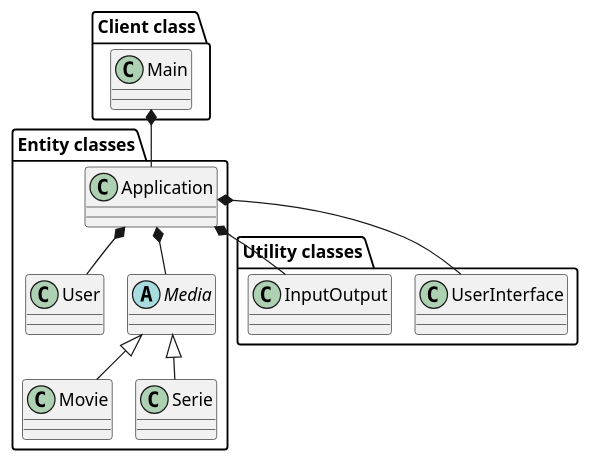
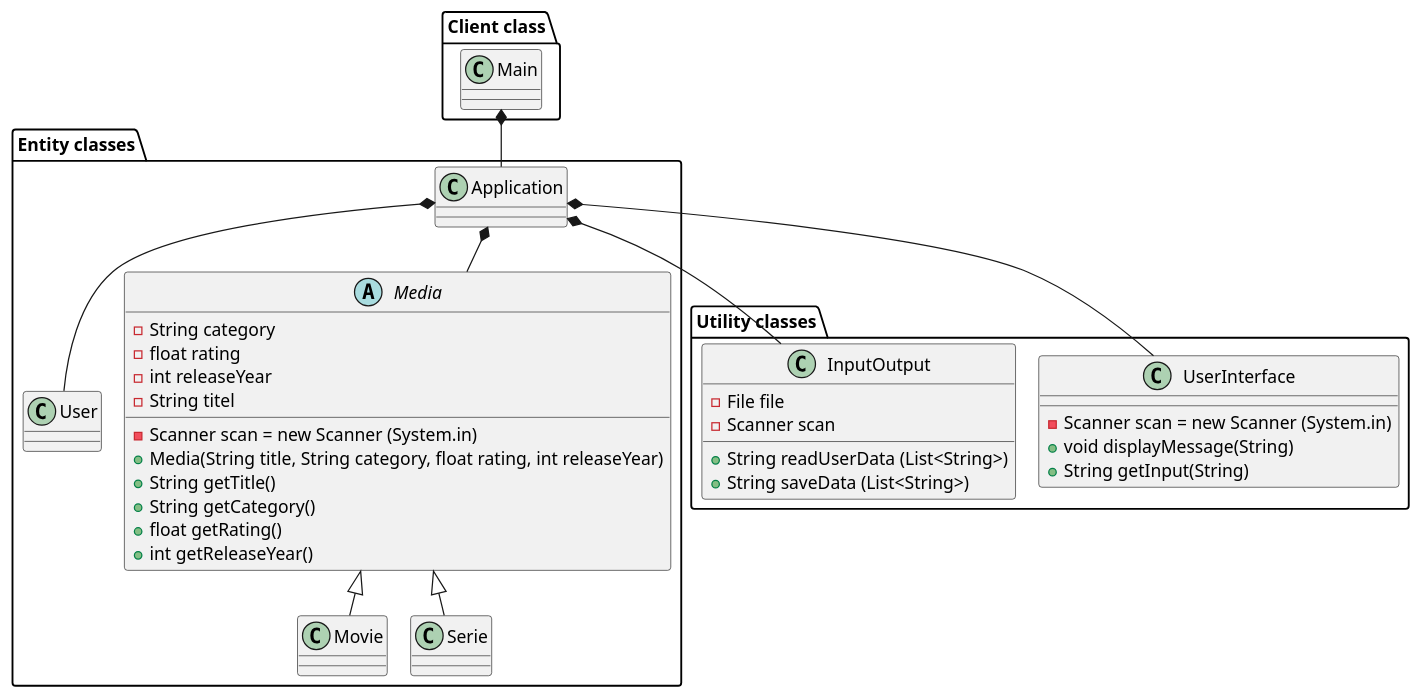
Before and after one commit to badranyoussef/SP3: the diagram in Documentation/classDiagramUpdated.puml, drawn with PlantUML. The commit also changed 2 other files, not shown here.

Commit message:
classdiagram updated (media, IO, UI)

```diff
--- a/Documentation/classDiagramUpdated.puml
+++ b/Documentation/classDiagramUpdated.puml
@@ -1,36 +1,58 @@
 @startuml
 'https://plantuml.com/class-diagram
 !pragma layout smetana
 
 'Client Package
 package "Client class"{
 class Main
 }
 
 'Utility Package
 package "Utility classes"{
 class UserInterface
 class InputOutput
 }
 
 'Entity Package
 package "Entity classes"{
 class Movie
 class Serie
 class Application
 class User
 abstract Media
 }
 
 'Label on Relations !MANGLER
 Application *-- UserInterface
 Application *-- InputOutput
 Application *-- User
 Application *-- Media
 Media <|-- Serie
 Media <|-- Movie
 Main *-- Application
 
 'Class Methods & Attributes
+InputOutput : - File file
+InputOutput : - Scanner scan
+InputOutput : + String readUserData (List<String>)
+InputOutput : + String saveData (List<String>)
+
+UserInterface : - Scanner scan = new Scanner (System.in)
+UserInterface : + void displayMessage(String)
+UserInterface : + String getInput(String)
+
+Media : - Scanner scan = new Scanner (System.in)
+Media : - String category
+Media : - float rating
+Media : - int releaseYear
+Media : - String titel
+Media : + Media(String title, String category, float rating, int releaseYear)
+Media : + String getTitle()
+Media : + String getCategory()
+Media : + float getRating()
+Media : + int getReleaseYear()
+
+
+
 
 @enduml
```
